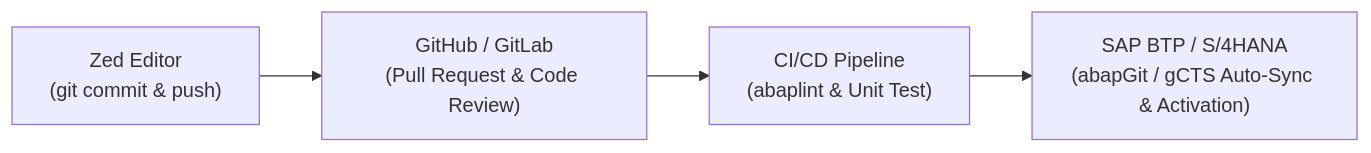
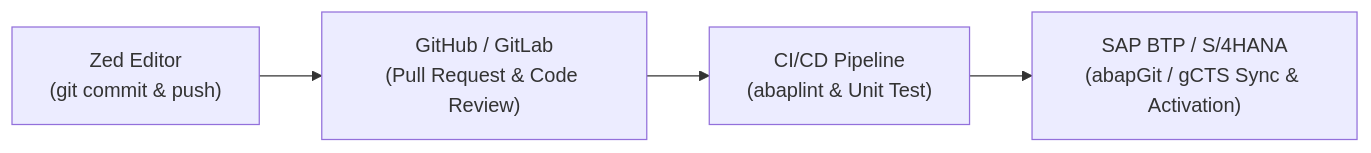
One commit to ghanda-syah/zed-ext-sap-abap changed the third of 3 diagrams in README.md. Above: the diagram before and after it, drawn with Mermaid. The commit also changed other lines of this file and 4 other files, not shown here.

````diff
--- a/README.md
+++ b/README.md
@@ -181,6 +179,6 @@
 ```mermaid
 flowchart LR
     A["Zed Editor\n(git commit & push)"] --> B["GitHub / GitLab\n(Pull Request & Code Review)"]
     B --> C["CI/CD Pipeline\n(abaplint & Unit Test)"]
-    C --> D["SAP BTP / S/4HANA\n(abapGit / gCTS Auto-Sync & Activation)"]
+    C --> D["SAP BTP / S/4HANA\n(abapGit / gCTS Sync & Activation)"]
 ```
````
